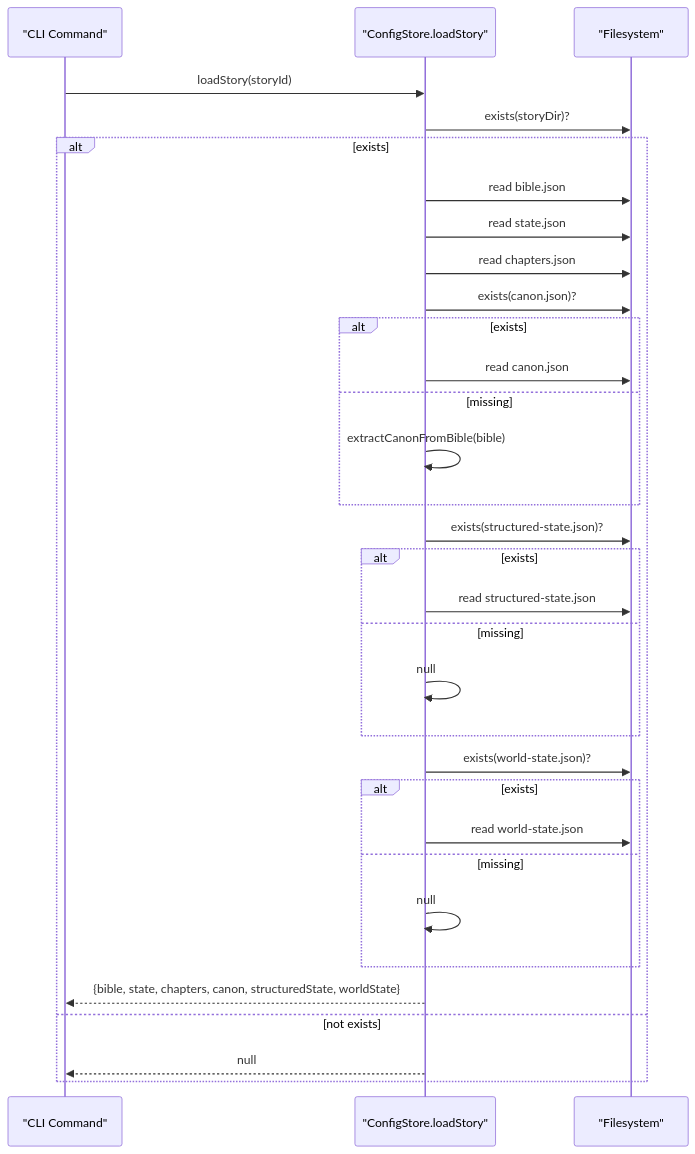
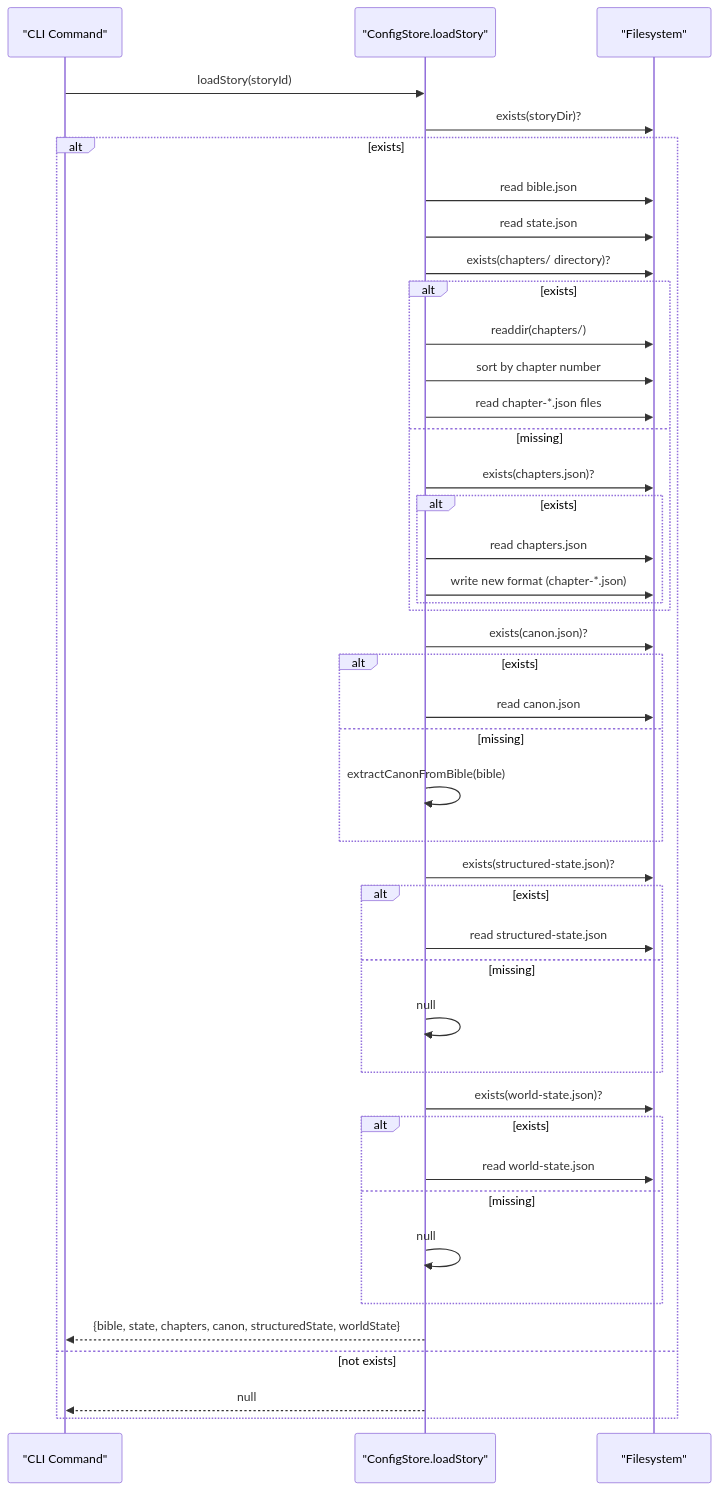
One commit to liwonder/NARRITIVE_OS changed the fourth of 9 diagrams in .qoder/repowiki/en/content/Story Management System/Local Storage & Persistence.md. Above: the diagram before and after it, drawn with Mermaid. The commit also changed other lines of this file and 15 other files, not shown here.

````diff
--- a/.qoder/repowiki/en/content/Story Management System/Local Storage & Persistence.md
+++ b/.qoder/repowiki/en/content/Story Management System/Local Storage & Persistence.md
@@ -242,34 +260,45 @@
 ```mermaid
 sequenceDiagram
 participant CLI as "CLI Command"
 participant Store as "ConfigStore.loadStory"
 participant FS as "Filesystem"
 CLI->>Store : loadStory(storyId)
 Store->>FS : exists(storyDir)?
 alt exists
 Store->>FS : read bible.json
 Store->>FS : read state.json
+Store->>FS : exists(chapters/ directory)?
+alt exists
+Store->>FS : readdir(chapters/)
+Store->>FS : sort by chapter number
+Store->>FS : read chapter-*.json files
+else missing
+Store->>FS : exists(chapters.json)?
+alt exists
 Store->>FS : read chapters.json
+Store->>FS : write new format (chapter-*.json)
+end
+end
 Store->>FS : exists(canon.json)?
 alt exists
 Store->>FS : read canon.json
 else missing
 Store->>Store : extractCanonFromBible(bible)
 end
 Store->>FS : exists(structured-state.json)?
 alt exists
 Store->>FS : read structured-state.json
 else missing
 Store->>Store : null
 end
 Store->>FS : exists(world-state.json)?
 alt exists
 Store->>FS : read world-state.json
 else missing
 Store->>Store : null
 end
 Store-->>CLI : {bible, state, chapters, canon, structuredState, worldState}
 else not exists
 Store-->>CLI : null
 end
 ```
````
